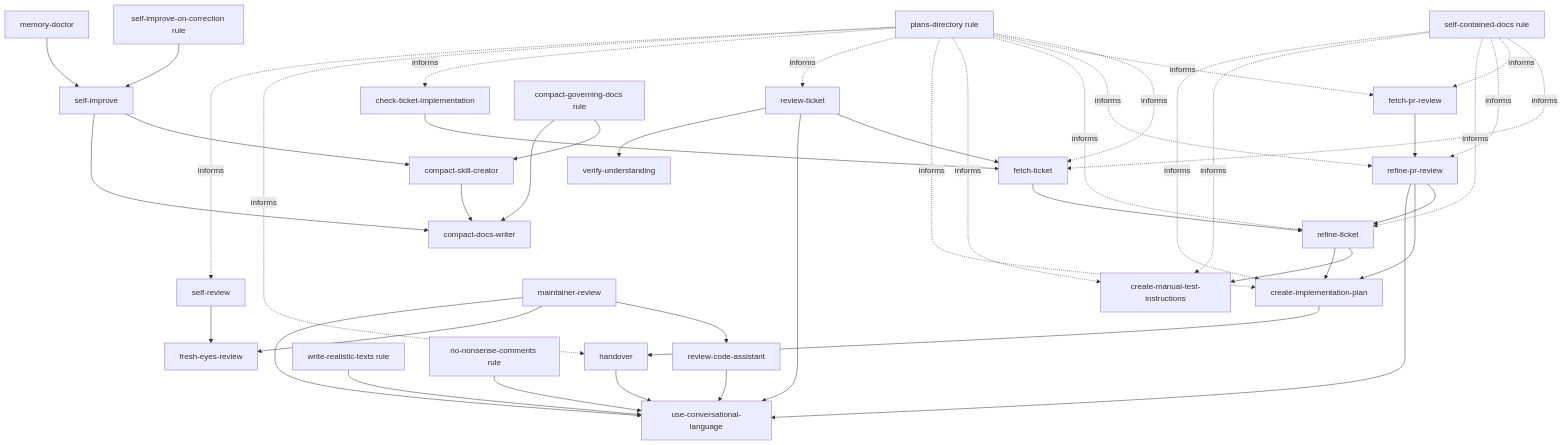
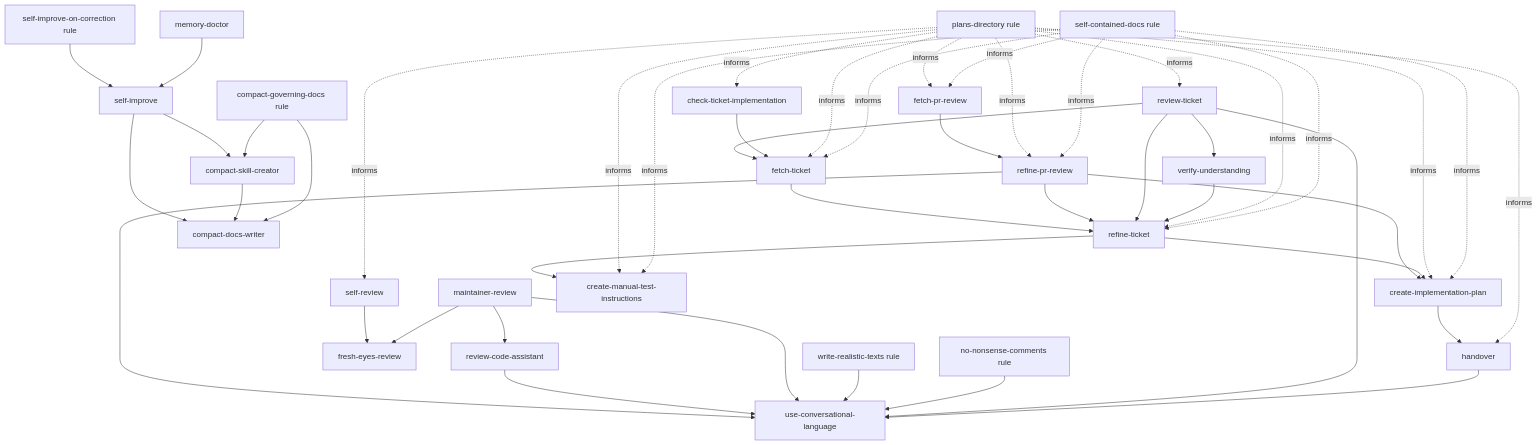
One commit to FrancescoBorzi/agent-toolkit changed the diagram in README.md. Above: the diagram before and after it, drawn with Mermaid. The commit also changed 3 other files, not shown here.

Commit message:
feat(refine-ticket): reuse the ticket review instead of rediscovering

````diff
--- a/README.md
+++ b/README.md
@@ -181,49 +181,51 @@
 ```mermaid
 flowchart TD
   fetch_ticket["fetch-ticket"] --> refine["refine-ticket"]
   fetch_pr["fetch-pr-review"] --> refine_pr["refine-pr-review"]
   refine_pr --> refine
   refine_pr --> plan
   refine_pr --> express["use-conversational-language"]
   review_code["review-code-assistant"] --> express
   self_review["self-review"] --> fresh_eyes["fresh-eyes-review"]
   maintainer_review["maintainer-review"] --> review_code
   maintainer_review --> fresh_eyes
   maintainer_review --> express
   realistic_rule["write-realistic-texts rule"] --> express
   nonsense_rule["no-nonsense-comments rule"] --> express
   review_ticket["review-ticket"] --> fetch_ticket
   review_ticket --> express
   review_ticket --> verify_understanding["verify-understanding"]
+  review_ticket --> refine
+  verify_understanding --> refine
   check_impl["check-ticket-implementation"] --> fetch_ticket
   refine --> manual["create-manual-test-instructions"]
   refine --> plan["create-implementation-plan"]
   plan --> handover["handover"]
   handover --> express
 
   self_rule["self-improve-on-correction rule"] --> self["self-improve"]
   self --> compact["compact-skill-creator"]
   self --> compact_docs["compact-docs-writer"]
   compact --> compact_docs
   memory_doctor["memory-doctor"] --> self
   compact_gov["compact-governing-docs rule"] --> compact
   compact_gov --> compact_docs
 
   plans_rule["plans-directory rule"] -. informs .-> fetch_ticket
   plans_rule -. informs .-> fetch_pr
   plans_rule -. informs .-> refine_pr
   plans_rule -. informs .-> refine
   plans_rule -. informs .-> manual
   plans_rule -. informs .-> plan
   plans_rule -. informs .-> review_ticket
   plans_rule -. informs .-> check_impl
   plans_rule -. informs .-> handover
   plans_rule -. informs .-> self_review
 
   docs_rule["self-contained-docs rule"] -. informs .-> fetch_ticket
   docs_rule -. informs .-> fetch_pr
   docs_rule -. informs .-> refine_pr
   docs_rule -. informs .-> refine
   docs_rule -. informs .-> manual
   docs_rule -. informs .-> plan
 ```
````
